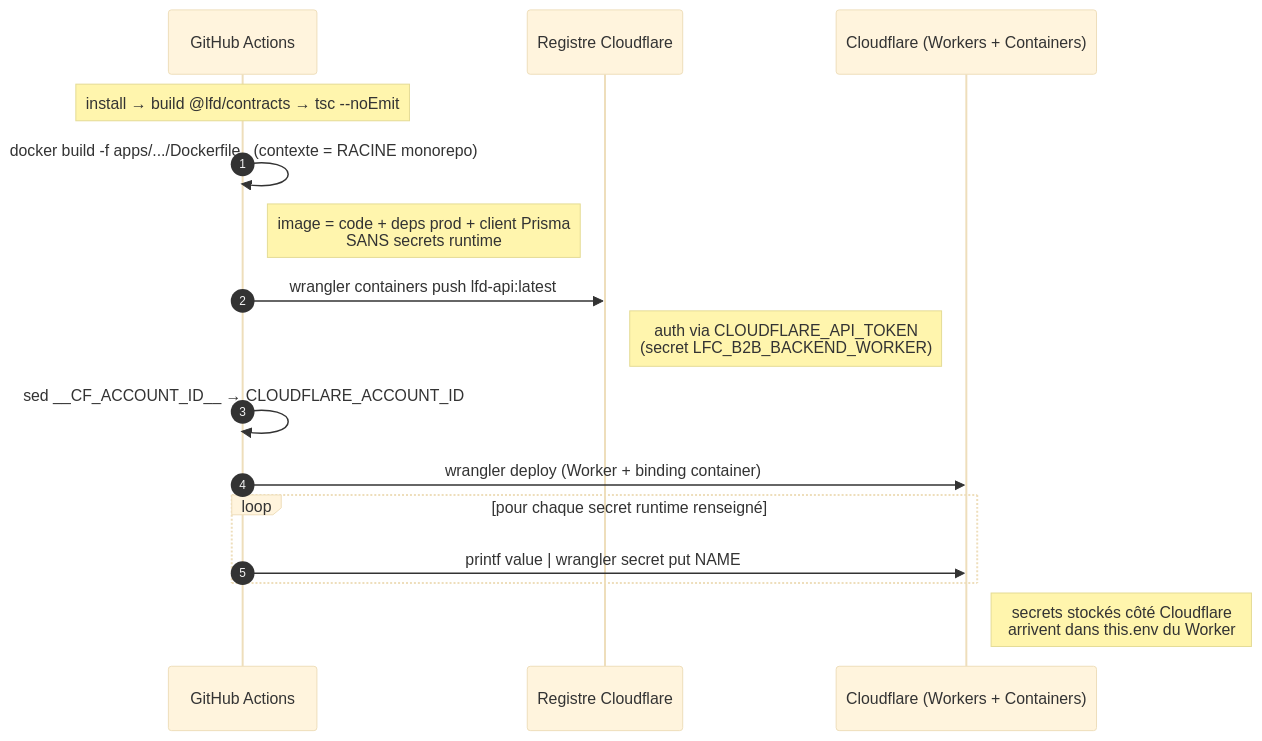
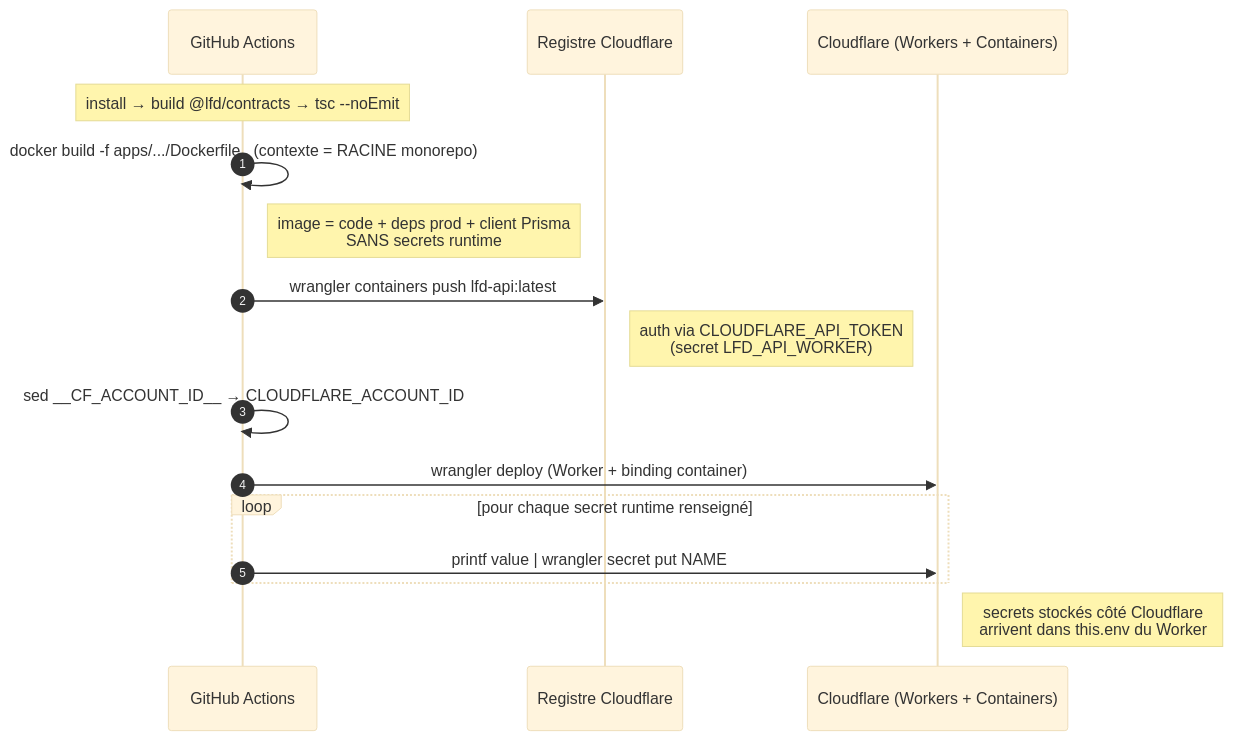
One commit to hugoheynard/lfd changed the second of 6 diagrams in documentation/b2b/b2b_backend_deploy.md. Above: the diagram before and after it, drawn with Mermaid (base theme). The commit also changed other lines of this file and 5 other files, not shown here.

````diff
--- a/documentation/b2b/b2b_backend_deploy.md
+++ b/documentation/b2b/b2b_backend_deploy.md
@@ -71,23 +71,23 @@
 ```mermaid
 sequenceDiagram
     autonumber
     participant GH as GitHub Actions
     participant CR as Registre Cloudflare
     participant CF as Cloudflare (Workers + Containers)
 
     Note over GH: install → build @lfd/contracts → tsc --noEmit
 
     GH->>GH: docker build -f apps/.../Dockerfile . (contexte = RACINE monorepo)
     Note right of GH: image = code + deps prod + client Prisma<br/>SANS secrets runtime
 
     GH->>CR: wrangler containers push lfd-api:latest
-    Note right of CR: auth via CLOUDFLARE_API_TOKEN<br/>(secret LFC_B2B_BACKEND_WORKER)
+    Note right of CR: auth via CLOUDFLARE_API_TOKEN<br/>(secret LFD_API_WORKER)
 
     GH->>GH: sed __CF_ACCOUNT_ID__ → CLOUDFLARE_ACCOUNT_ID
     GH->>CF: wrangler deploy (Worker + binding container)
 
     loop pour chaque secret runtime renseigné
         GH->>CF: printf value | wrangler secret put NAME
     end
     Note right of CF: secrets stockés côté Cloudflare<br/>arrivent dans this.env du Worker
 ```
````
